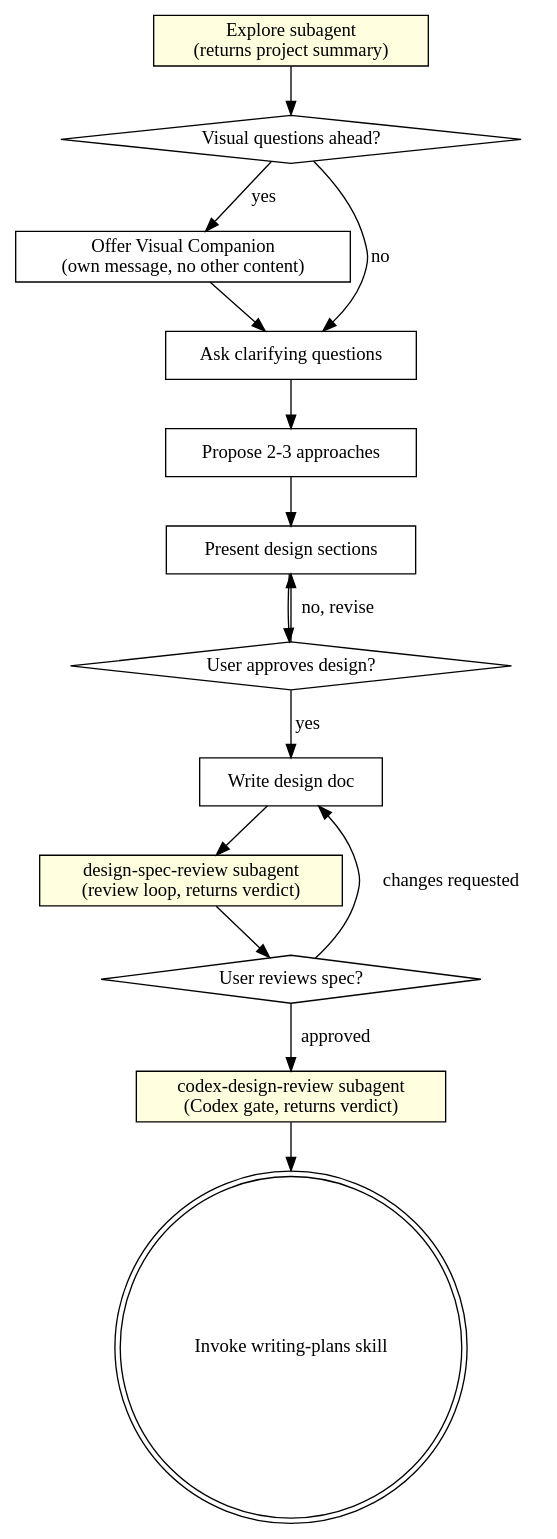
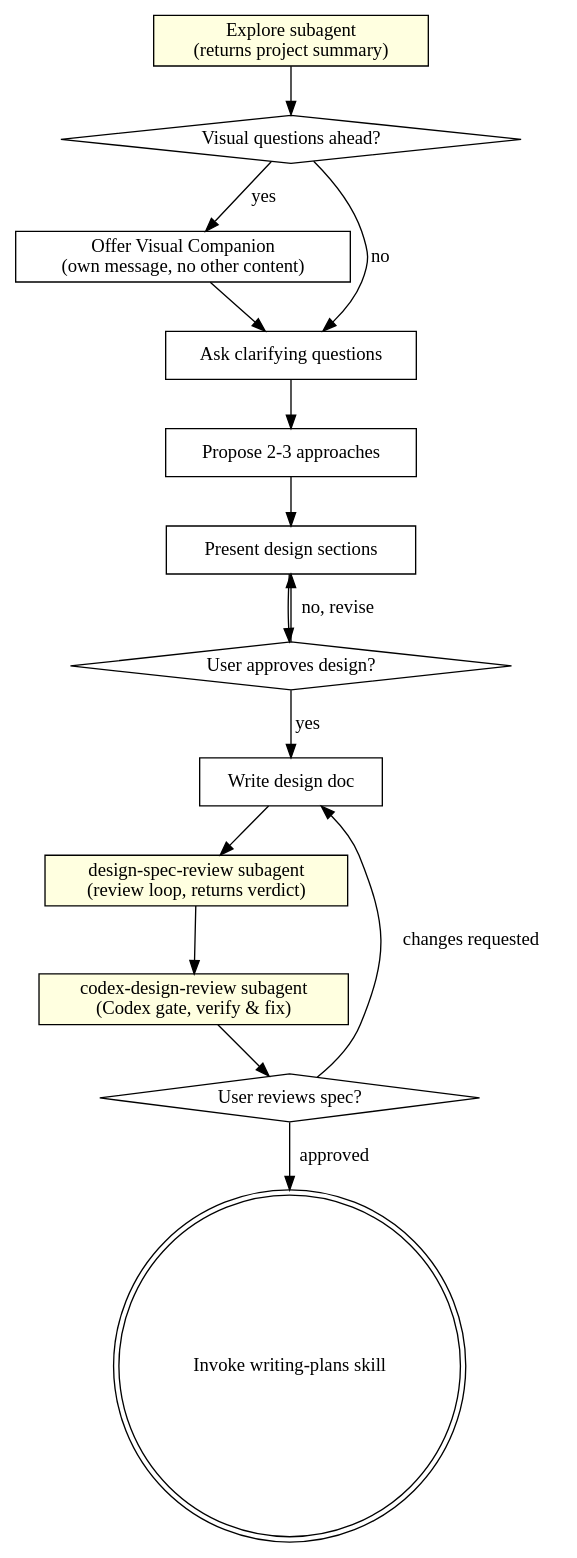
The diagram in skills/brainstorming/SKILL.md (ebitoro/superpowers), drawn with Graphviz before and after one commit. The commit also changed other lines of this file, not shown here.

First line of the commit message:
fix(brainstorm): run Codex design review before user review

````diff
--- a/skills/brainstorming/SKILL.md
+++ b/skills/brainstorming/SKILL.md
@@ -37,31 +37,31 @@
 ```dot
 digraph brainstorming {
     "Explore subagent\n(returns project summary)" [shape=box style=filled fillcolor=lightyellow];
     "Visual questions ahead?" [shape=diamond];
     "Offer Visual Companion\n(own message, no other content)" [shape=box];
     "Ask clarifying questions" [shape=box];
     "Propose 2-3 approaches" [shape=box];
     "Present design sections" [shape=box];
     "User approves design?" [shape=diamond];
     "Write design doc" [shape=box];
     "design-spec-review subagent\n(review loop, returns verdict)" [shape=box style=filled fillcolor=lightyellow];
+    "codex-design-review subagent\n(Codex gate, verify & fix)" [shape=box style=filled fillcolor=lightyellow];
     "User reviews spec?" [shape=diamond];
-    "codex-design-review subagent\n(Codex gate, returns verdict)" [shape=box style=filled fillcolor=lightyellow];
     "Invoke writing-plans skill" [shape=doublecircle];
 
     "Explore subagent\n(returns project summary)" -> "Visual questions ahead?";
     "Visual questions ahead?" -> "Offer Visual Companion\n(own message, no other content)" [label="yes"];
     "Visual questions ahead?" -> "Ask clarifying questions" [label="no"];
     "Offer Visual Companion\n(own message, no other content)" -> "Ask clarifying questions";
     "Ask clarifying questions" -> "Propose 2-3 approaches";
     "Propose 2-3 approaches" -> "Present design sections";
     "Present design sections" -> "User approves design?";
     "User approves design?" -> "Present design sections" [label="no, revise"];
     "User approves design?" -> "Write design doc" [label="yes"];
     "Write design doc" -> "design-spec-review subagent\n(review loop, returns verdict)";
-    "design-spec-review subagent\n(review loop, returns verdict)" -> "User reviews spec?";
+    "design-spec-review subagent\n(review loop, returns verdict)" -> "codex-design-review subagent\n(Codex gate, verify & fix)";
+    "codex-design-review subagent\n(Codex gate, verify & fix)" -> "User reviews spec?";
     "User reviews spec?" -> "Write design doc" [label="changes requested"];
-    "User reviews spec?" -> "codex-design-review subagent\n(Codex gate, returns verdict)" [label="approved"];
-    "codex-design-review subagent\n(Codex gate, returns verdict)" -> "Invoke writing-plans skill";
+    "User reviews spec?" -> "Invoke writing-plans skill" [label="approved"];
 }
 ```
````
